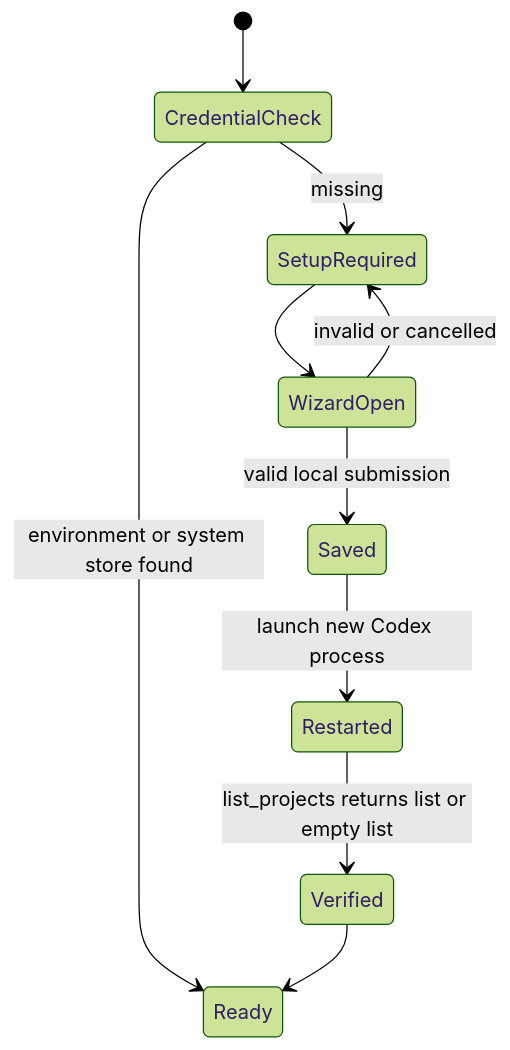
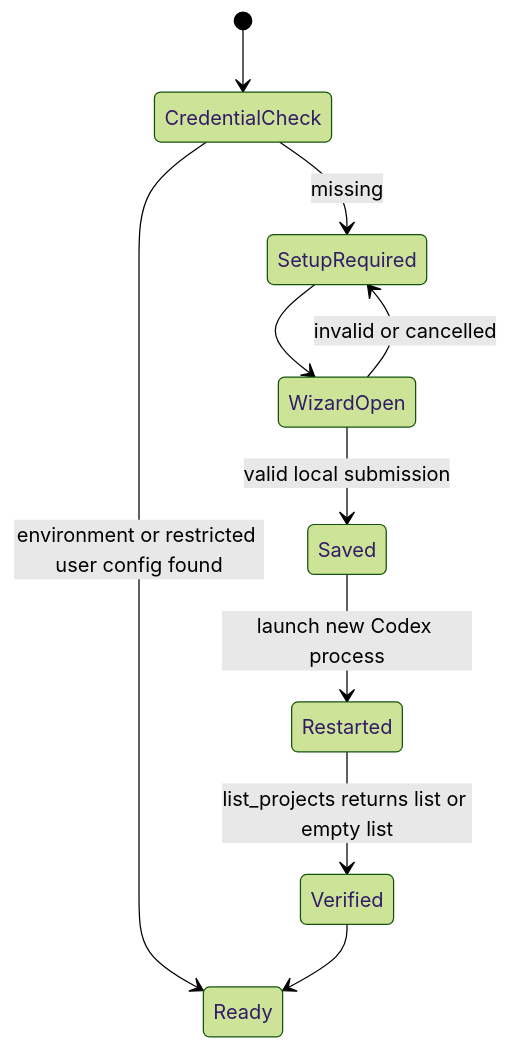
The eighth of 11 diagrams in docs/Stitch-Design-Architecture.md (full-stack-plugins/stitch-design-plugin), drawn with Mermaid (forest theme) before and after one commit. The commit also changed other lines of this file and 16 other files, not shown here.

````diff
--- a/docs/Stitch-Design-Architecture.md
+++ b/docs/Stitch-Design-Architecture.md
@@ -173,12 +178,12 @@
 ```mermaid
 stateDiagram-v2
     [*] --> CredentialCheck
-    CredentialCheck --> Ready: environment or system store found
+    CredentialCheck --> Ready: environment or restricted user config found
     CredentialCheck --> SetupRequired: missing
     SetupRequired --> WizardOpen
     WizardOpen --> Saved: valid local submission
     Saved --> Restarted: launch new Codex process
     Restarted --> Verified: list_projects returns list or empty list
     Verified --> Ready
     WizardOpen --> SetupRequired: invalid or cancelled
 ```
````
